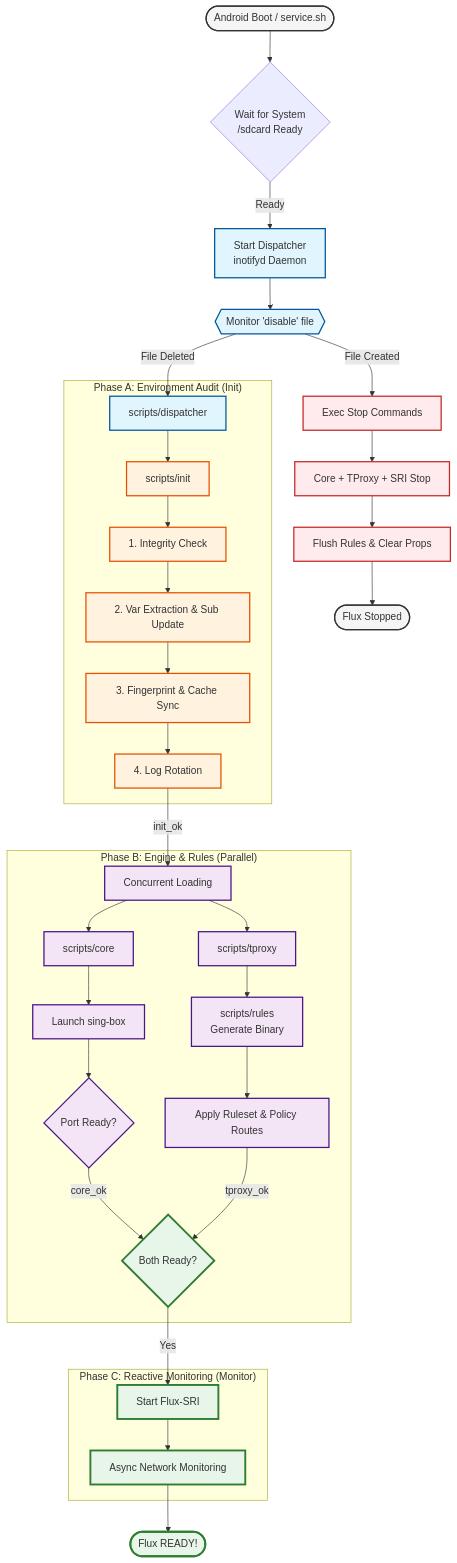
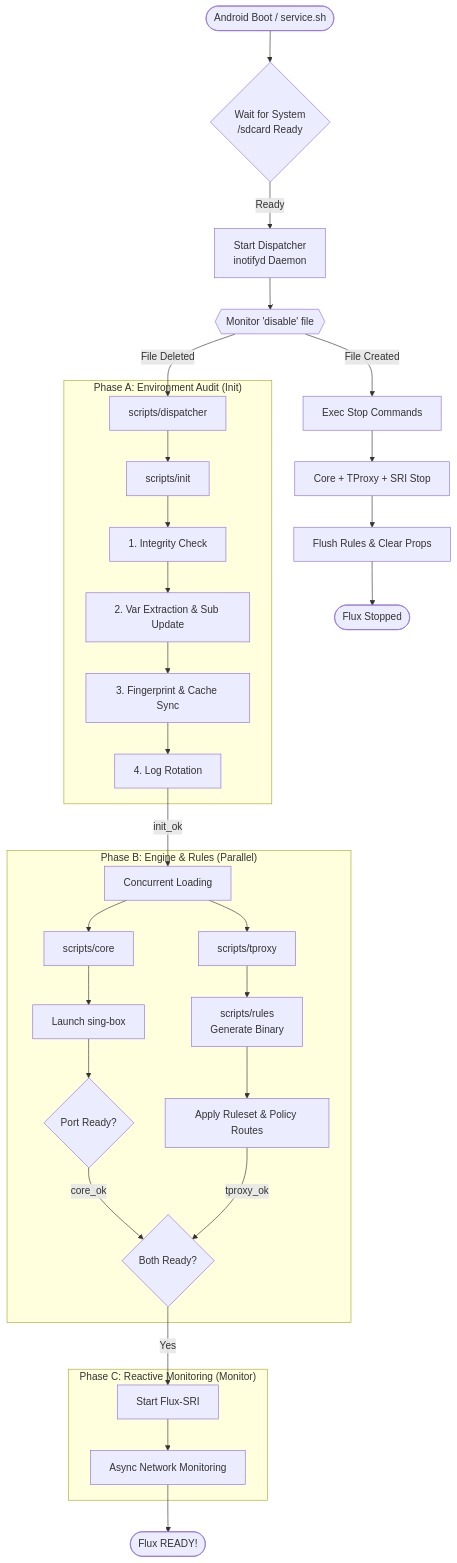
One commit to Chth1z/Flux changed the first of 2 diagrams in README.md. Above: the diagram before and after it, drawn with Mermaid. The commit also changed other lines of this file and 25 other files, not shown here.

````diff
--- a/README.md
+++ b/README.md
@@ -114,61 +70,46 @@
 ```mermaid
 graph TD
-    %% Style Definitions
-    classDef start fill:#f5f5f5,stroke:#333,stroke-width:2px
-    classDef watcher fill:#e1f5fe,stroke:#01579b,stroke-width:2px
-    classDef init fill:#fff3e0,stroke:#e65100,stroke-width:2px
-    classDef parallel fill:#f3e5f5,stroke:#4a148c,stroke-width:2px
-    classDef ready fill:#e8f5e9,stroke:#2e7d32,stroke-width:3px
-    classDef stop fill:#ffebee,stroke:#c62828,stroke-width:2px
-
     %% Start Sequence
     Boot([Android Boot / service.sh]) --> Wait{Wait for System<br/>/sdcard Ready}
     Wait -->|Ready| LaunchDisp[Start Dispatcher<br/>inotifyd Daemon]
     
     LaunchDisp --> Watcher{{Monitor 'disable' file}}
     
     Watcher -- "File Deleted" --> Dispatch[scripts/dispatcher]
     
     subgraph "Phase A: Environment Audit (Init)"
         Dispatch --> Init[scripts/init]
         Init --> Audit[1. Integrity Check]
         Audit --> Env[2. Var Extraction & Sub Update]
         Env --> Cache[3. Fingerprint & Cache Sync]
         Cache --> Log[4. Log Rotation]
     end
     
     Log -- "init_ok" --> StartComp[Concurrent Loading]
     
     subgraph "Phase B: Engine & Rules (Parallel)"
         StartComp --> Core[scripts/core]
         StartComp --> TProxy[scripts/tproxy]
         
         Core --> SingBox[Launch sing-box]
         SingBox --> SBWait{Port Ready?}
         SBWait -- "core_ok" --> Readiness
         
         TProxy --> Rules[scripts/rules<br/>Generate Binary]
         Rules --> Apply[Apply Ruleset & Policy Routes]
         Apply -- "tproxy_ok" --> Readiness
     end
     
     subgraph "Phase C: Reactive Monitoring (Monitor)"
         Readiness{Both Ready?} -- "Yes" --> SRI[Start Flux-SRI]
         SRI --> Monitor[Async Network Monitoring]
     end
     
     Monitor --> Final([Flux READY!])
 
     %% Stop Sequence
     Watcher -- "File Created" --> StopFlow[Exec Stop Commands]
     StopFlow --> StopNodes[Core + TProxy + SRI Stop]
     StopNodes --> Cleanup[Flush Rules & Clear Props]
     Cleanup --> Terminate([Flux Stopped])
-
-    class Boot,Final,Terminate start
-    class LaunchDisp,Watcher,Dispatch watcher
-    class Init,Audit,Env,Cache,Log init
-    class StartComp,Core,SingBox,SBWait,TProxy,Rules,Apply parallel
-    class Readiness,SRI,Monitor,Final ready
-    class StopFlow,StopNodes,Cleanup stop
 ```
````
